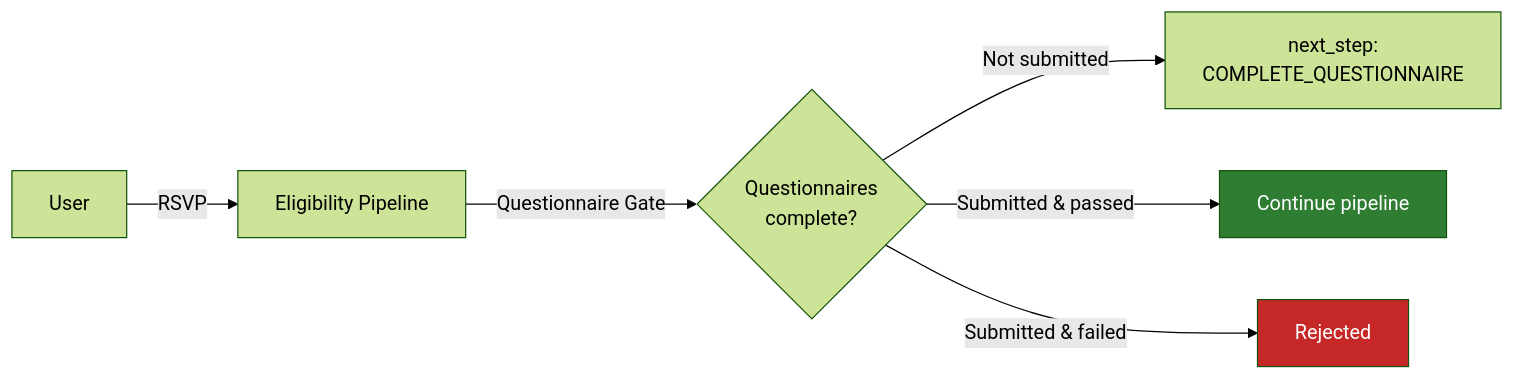
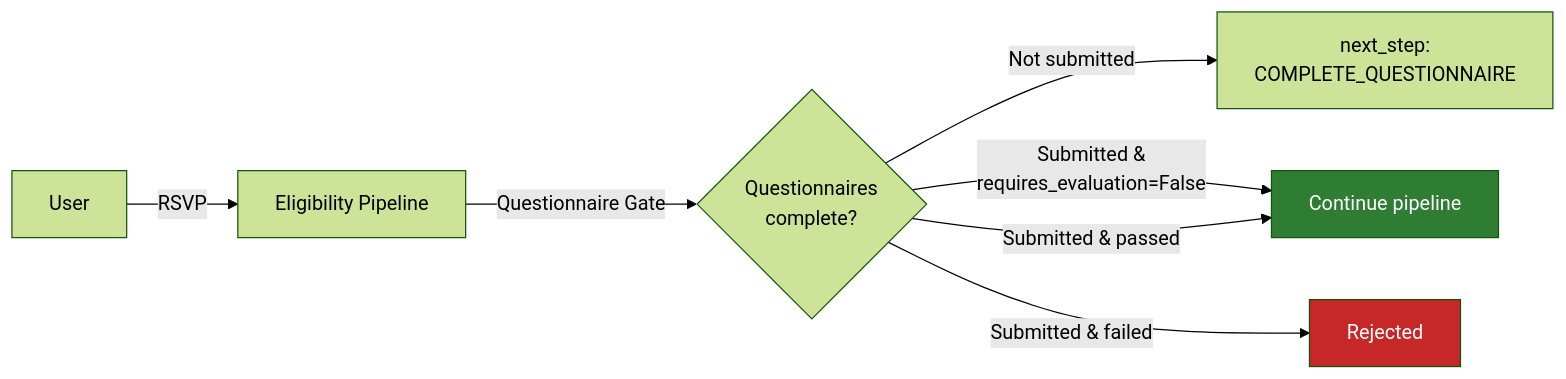
One commit to letsrevel/revel-backend changed the fifth of 5 diagrams in docs/architecture/questionnaires.md. Above: the diagram before and after it, drawn with Mermaid (forest theme). The commit also changed other lines of this file and 18 other files, not shown here.

Commit message:
feat(questionnaires): add requires_evaluation flag to OrganizationQuestionnaire; fix(questionnaires): bump max length of text answers to 1k chars (#305)

````diff
--- a/docs/architecture/questionnaires.md
+++ b/docs/architecture/questionnaires.md
@@ -468,11 +486,12 @@
 ```mermaid
 flowchart LR
     User["User"] -->|"RSVP"| Eligibility["Eligibility Pipeline"]
     Eligibility -->|"Questionnaire Gate"| Check{"Questionnaires<br/>complete?"}
     Check -->|"Not submitted"| Redirect["next_step:<br/>COMPLETE_QUESTIONNAIRE"]
+    Check -->|"Submitted &<br/>requires_evaluation=False"| Continue
     Check -->|"Submitted & passed"| Continue["Continue pipeline"]
     Check -->|"Submitted & failed"| Reject["Rejected"]
 
     style Reject fill:#c62828,color:#fff
     style Continue fill:#2e7d32,color:#fff
 ```
````
